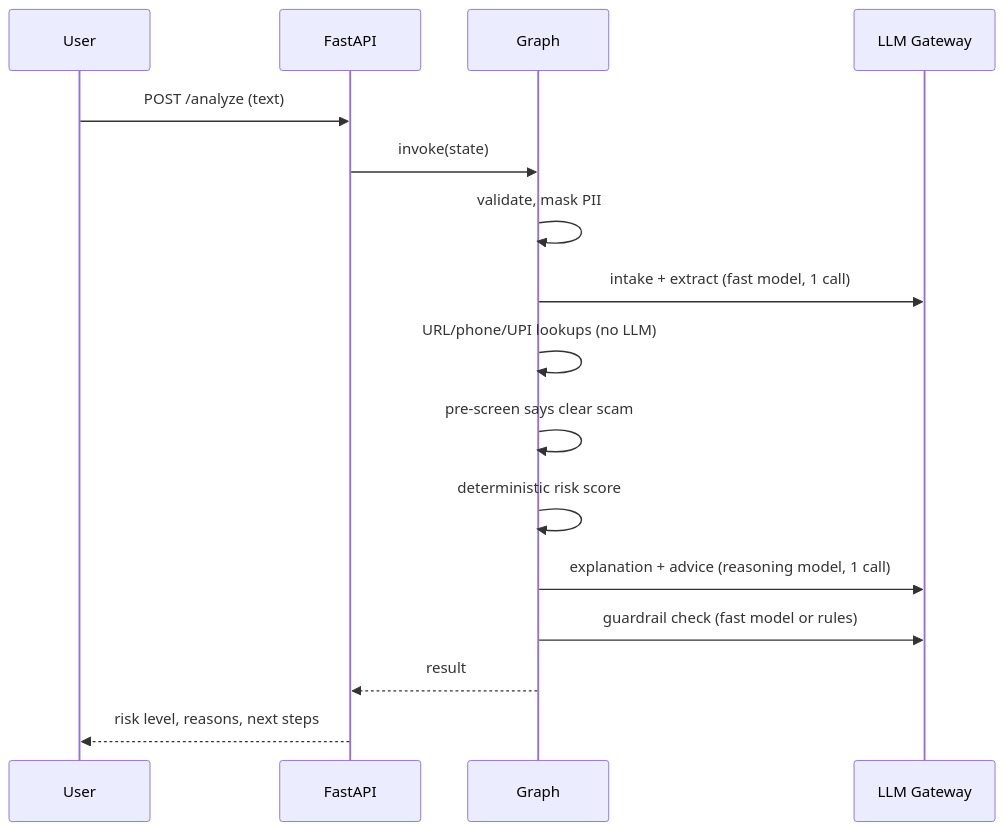
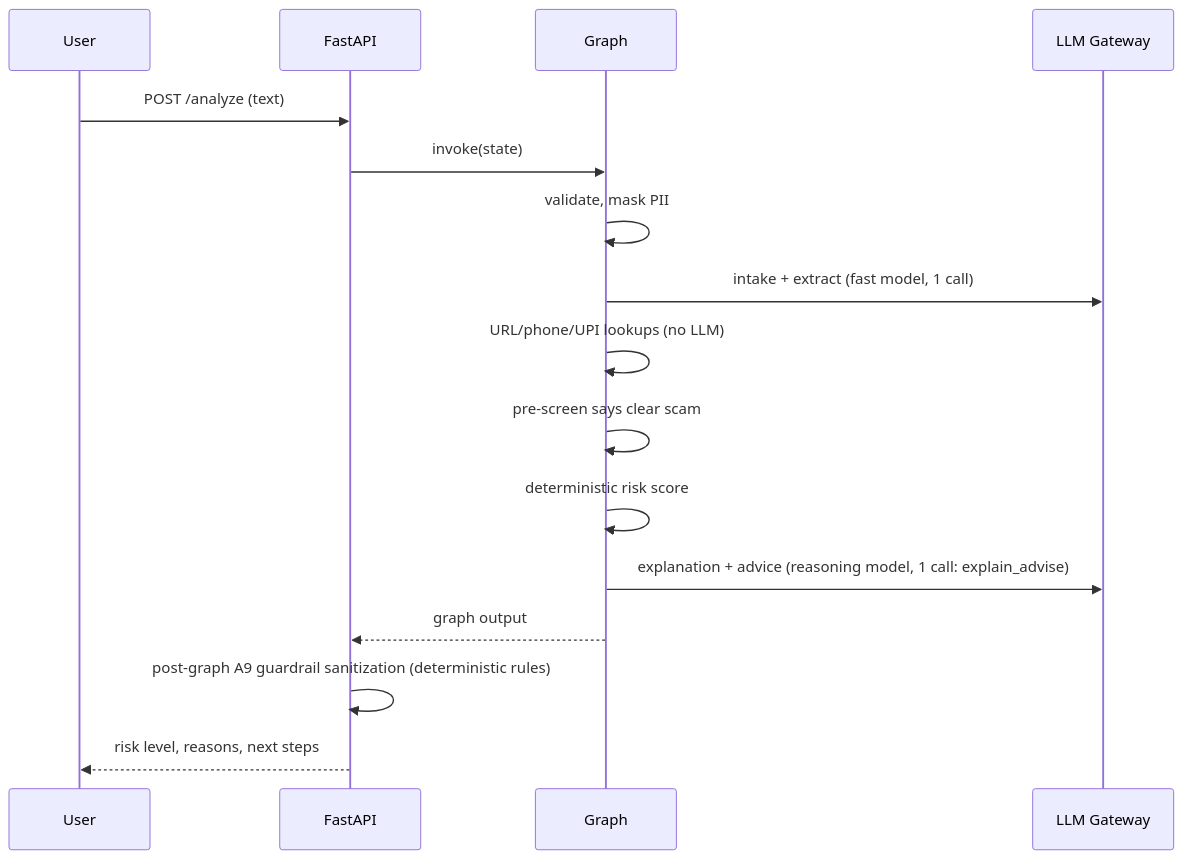
Before and after one commit to tb-repo/scamsaathi: the fourth of 6 diagrams in docs/04-architecture.md, drawn with Mermaid. The commit also changed other lines of this file and 1 other file, not shown here.

Commit message:
docs: reconcile architecture baseline models and test plan IT-GR-01 post-graph sanitization

````diff
--- a/docs/04-architecture.md
+++ b/docs/04-architecture.md
@@ -122,18 +122,18 @@
 ```mermaid
 sequenceDiagram
     participant U as User
     participant API as FastAPI
     participant G as Graph
     participant L as LLM Gateway
     U->>API: POST /analyze (text)
     API->>G: invoke(state)
     G->>G: validate, mask PII
     G->>L: intake + extract (fast model, 1 call)
     G->>G: URL/phone/UPI lookups (no LLM)
     G->>G: pre-screen says clear scam
     G->>G: deterministic risk score
-    G->>L: explanation + advice (reasoning model, 1 call)
-    G->>L: guardrail check (fast model or rules)
-    G-->>API: result
+    G->>L: explanation + advice (reasoning model, 1 call: explain_advise)
+    G-->>API: graph output
+    API->>API: post-graph A9 guardrail sanitization (deterministic rules)
     API-->>U: risk level, reasons, next steps
 ```
````
